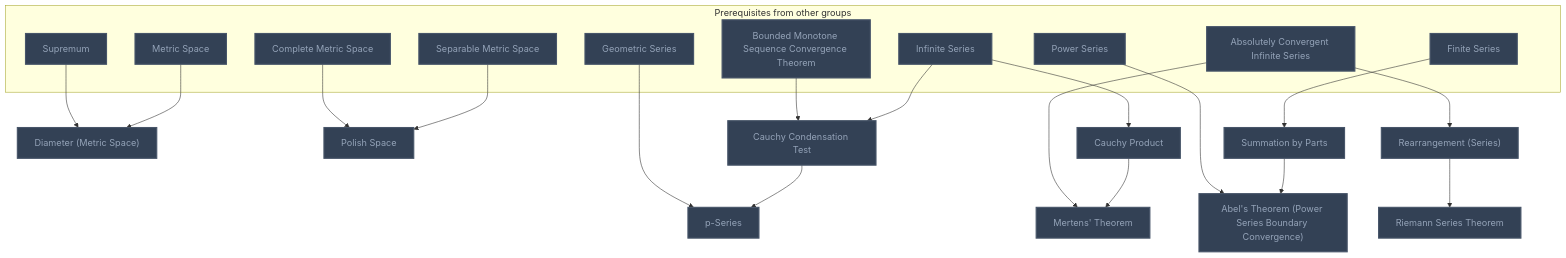
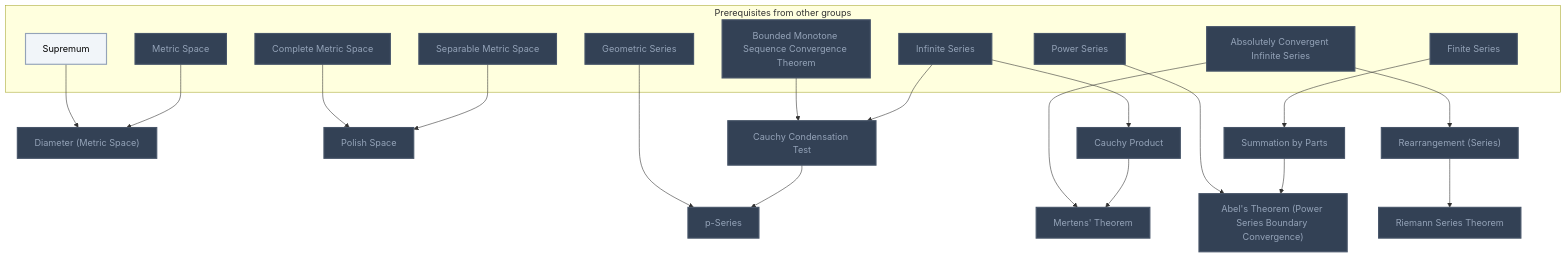
The fifth of 22 diagrams in Gamification/Skill Trees/Real Analysis.md (MRauf1/My-Notes), drawn with Mermaid before and after one commit. The commit also changed other lines of this file and 156 other files, not shown here.

````diff
--- a/Gamification/Skill Trees/Real Analysis.md
+++ b/Gamification/Skill Trees/Real Analysis.md
@@ -481,52 +489,53 @@
 ```mermaid
 flowchart TD
     classDef planned fill:#1E293B,stroke:#64748B,stroke-width:2px,stroke-dasharray:5 5,color:#94A3B8;
     classDef locked fill:#334155,stroke:#475569,stroke-width:2px,color:#94A3B8;
     classDef L0 fill:#F1F5F9,stroke:#94A3B8,stroke-width:2px,color:#000000;
     classDef L1 fill:#22C55E,stroke:#15803D,stroke-width:2px,color:#000000;
     classDef L2 fill:#3B82F6,stroke:#1D4ED8,stroke-width:3px,color:#FFFFFF;
     classDef L3 fill:#A855F7,stroke:#6B21A8,stroke-width:3px,color:#FFFFFF,font-weight:bold;
     classDef L4 fill:#F97316,stroke:#C2410C,stroke-width:4px,color:#000000,font-weight:bold;
     classDef L5 fill:#FFD700,stroke:#FF8C00,stroke-width:5px,color:#000000,font-weight:bold;
     classDef rusty stroke:#8B4513,stroke-width:4px,stroke-dasharray:3 3;
     subgraph sg_prereqs["Prerequisites from other groups"]
         n_supremum["Supremum"]
         n_metric_space["Metric Space"]
         n_complete_metric_space["Complete Metric Space"]
         n_separable_metric_space["Separable Metric Space"]
         n_bounded_monotone_sequence_convergence_theorem["Bounded Monotone Sequence Convergence Theorem"]
         n_infinite_series["Infinite Series"]
         n_geometric_series["Geometric Series"]
         n_finite_series["Finite Series"]
         n_power_series["Power Series"]
         n_absolutely_convergent_infinite_series["Absolutely Convergent Infinite Series"]
     end
     n_diameter_metric_space["Diameter (Metric Space)"]
     n_polish_space["Polish Space"]
     n_cauchy_condensation_test["Cauchy Condensation Test"]
     n_p_series["p-Series"]
     n_summation_by_parts["Summation by Parts"]
     n_abel_s_theorem_power_series_boundary_convergence["Abel's Theorem (Power Series Boundary Convergence)"]
     n_cauchy_product["Cauchy Product"]
     n_mertens_theorem["Mertens' Theorem"]
     n_rearrangement_series["Rearrangement (Series)"]
     n_riemann_series_theorem["Riemann Series Theorem"]
     n_supremum --> n_diameter_metric_space
     n_metric_space --> n_diameter_metric_space
     n_complete_metric_space --> n_polish_space
     n_separable_metric_space --> n_polish_space
     n_bounded_monotone_sequence_convergence_theorem --> n_cauchy_condensation_test
     n_infinite_series --> n_cauchy_condensation_test
     n_geometric_series --> n_p_series
     n_cauchy_condensation_test --> n_p_series
     n_finite_series --> n_summation_by_parts
     n_power_series --> n_abel_s_theorem_power_series_boundary_convergence
     n_summation_by_parts --> n_abel_s_theorem_power_series_boundary_convergence
     n_infinite_series --> n_cauchy_product
     n_absolutely_convergent_infinite_series --> n_mertens_theorem
     n_cauchy_product --> n_mertens_theorem
     n_absolutely_convergent_infinite_series --> n_rearrangement_series
     n_rearrangement_series --> n_riemann_series_theorem
-    class n_supremum,n_metric_space,n_complete_metric_space,n_separable_metric_space,n_bounded_monotone_sequence_convergence_theorem,n_infinite_series,n_geometric_series,n_finite_series,n_power_series,n_absolutely_convergent_infinite_series,n_diameter_metric_space,n_polish_space,n_cauchy_condensation_test,n_p_series,n_summation_by_parts,n_abel_s_theorem_power_series_boundary_convergence,n_cauchy_product,n_mertens_theorem,n_rearrangement_series,n_riemann_series_theorem locked;
+    class n_metric_space,n_complete_metric_space,n_separable_metric_space,n_bounded_monotone_sequence_convergence_theorem,n_infinite_series,n_geometric_series,n_finite_series,n_power_series,n_absolutely_convergent_infinite_series,n_diameter_metric_space,n_polish_space,n_cauchy_condensation_test,n_p_series,n_summation_by_parts,n_abel_s_theorem_power_series_boundary_convergence,n_cauchy_product,n_mertens_theorem,n_rearrangement_series,n_riemann_series_theorem locked;
+    class n_supremum L0;
     class n_supremum,n_metric_space,n_complete_metric_space,n_separable_metric_space,n_bounded_monotone_sequence_convergence_theorem,n_infinite_series,n_geometric_series,n_finite_series,n_power_series,n_absolutely_convergent_infinite_series,n_diameter_metric_space,n_polish_space,n_cauchy_condensation_test,n_p_series,n_summation_by_parts,n_abel_s_theorem_power_series_boundary_convergence,n_cauchy_product,n_mertens_theorem,n_rearrangement_series,n_riemann_series_theorem internal-link;
 ```
````
